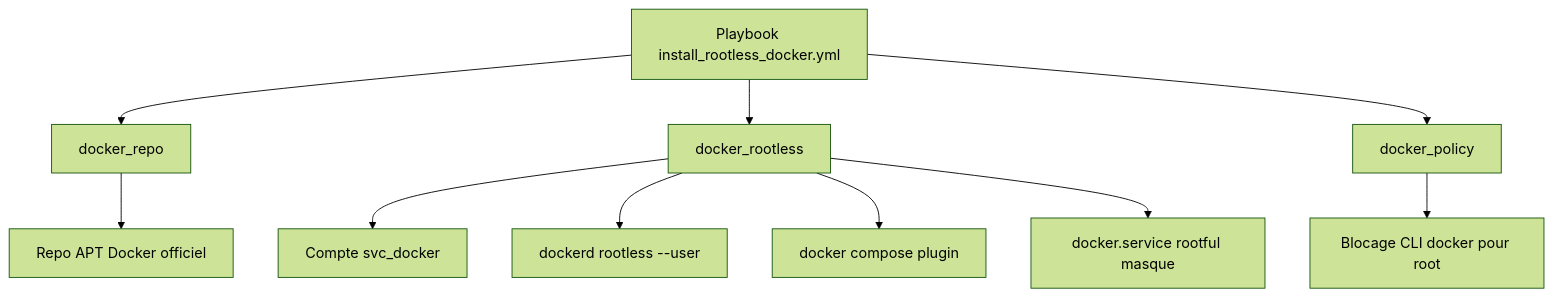
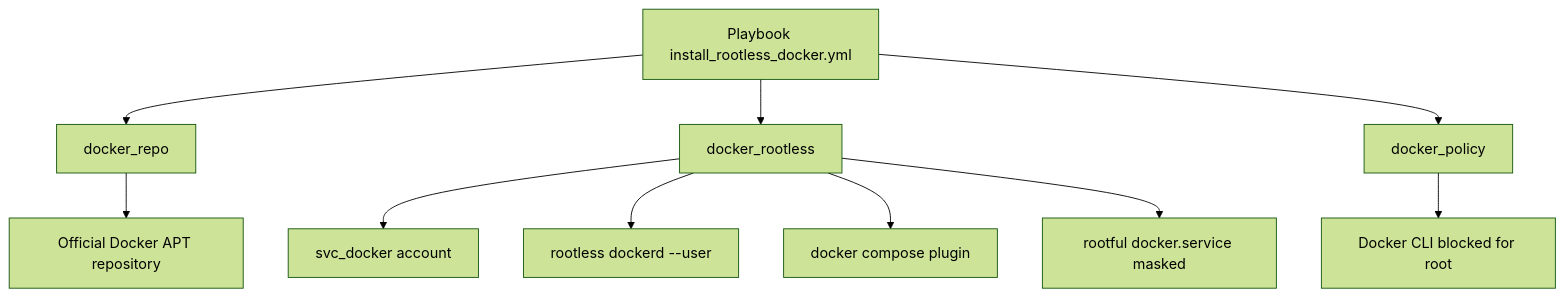
Before and after one commit to tomanix/boit-template: the first of 2 diagrams in docker_rootless/README.md, drawn with Mermaid (forest theme). The commit also changed other lines of this file and 1 other file, not shown here.

````diff
--- a/docker_rootless/README.md
+++ b/docker_rootless/README.md
@@ -14,12 +14,12 @@
 ```mermaid
 flowchart TD
   A[Playbook install_rootless_docker.yml] --> B[docker_repo]
   A --> C[docker_rootless]
   A --> D[docker_policy]
-  B --> E[Repo APT Docker officiel]
-  C --> F[Compte svc_docker]
-  C --> G[dockerd rootless --user]
+  B --> E[Official Docker APT repository]
+  C --> F[svc_docker account]
+  C --> G[rootless dockerd --user]
   C --> H[docker compose plugin]
-  C --> I[docker.service rootful masque]
-  D --> J[Blocage CLI docker pour root]
+  C --> I[rootful docker.service masked]
+  D --> J[Docker CLI blocked for root]
 ```
````
